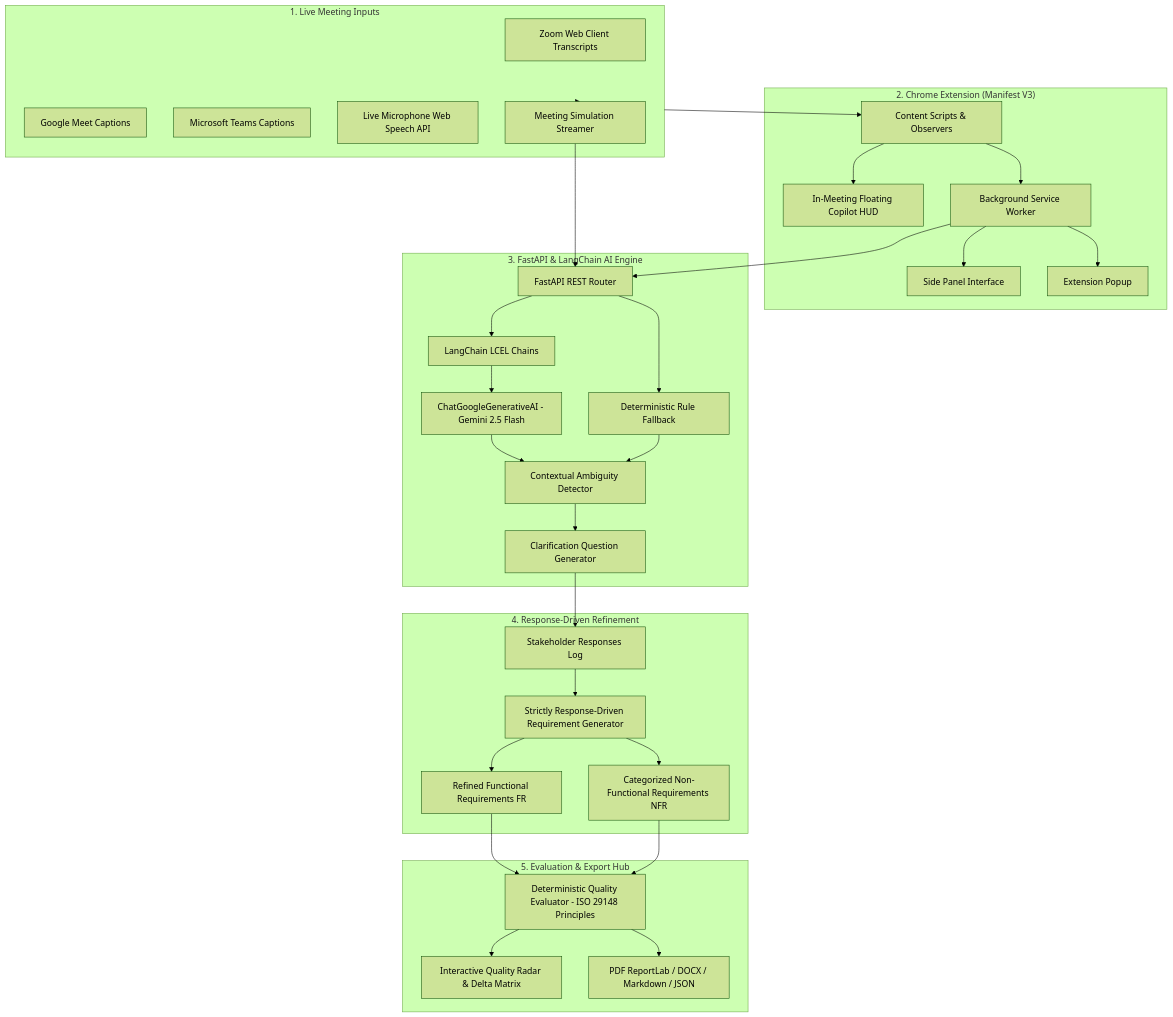
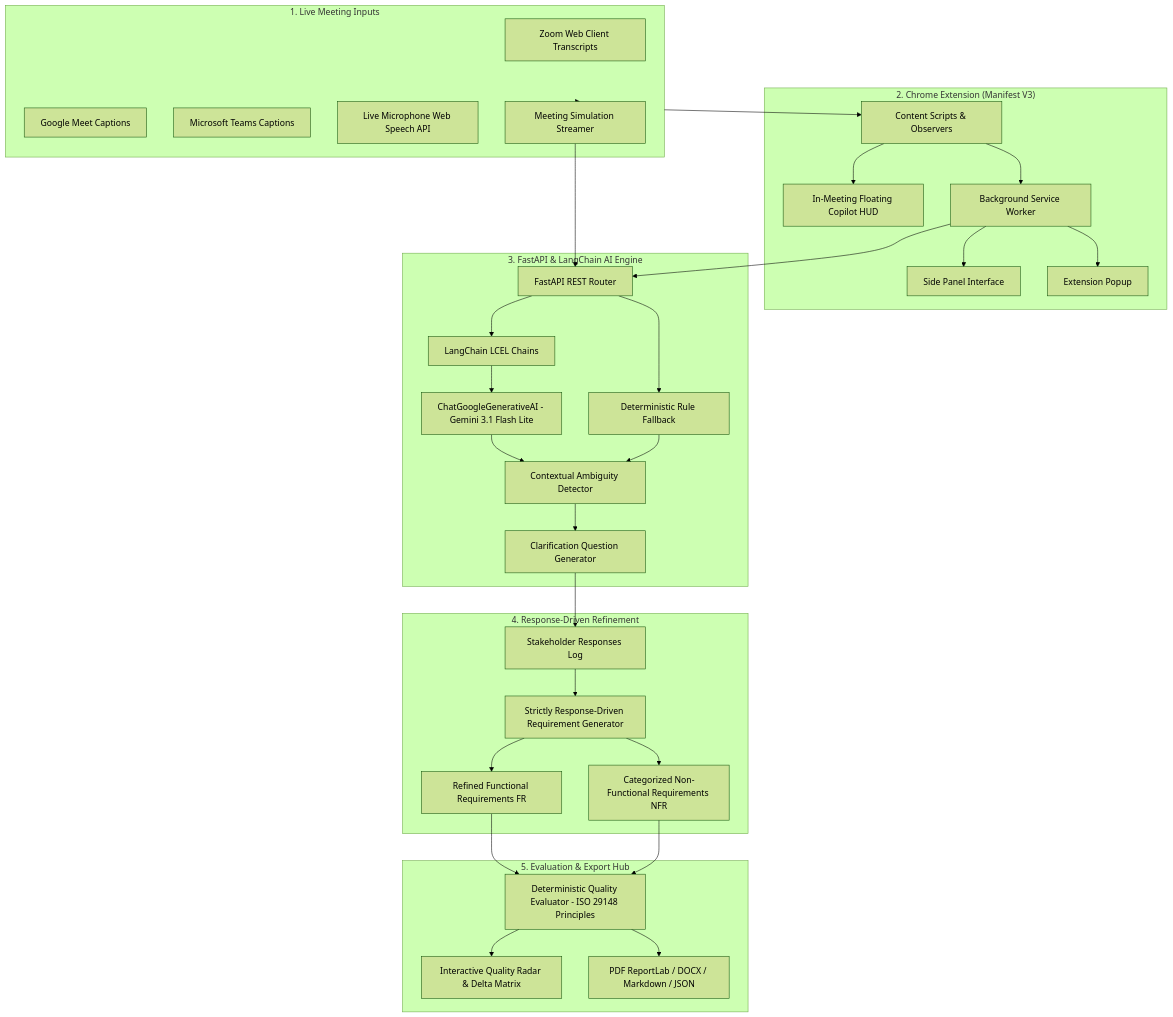
Before and after one commit to Neel7780/AI-Powered-Chrome-Extension-for-Real-Time-Requirement-Analysis: the diagram in README.md, drawn with Mermaid (forest theme). The commit also changed 30 other files, not shown here.

````diff
--- a/README.md
+++ b/README.md
@@ -29,65 +29,65 @@
 ```mermaid
 flowchart TB
     subgraph LiveMeeting["1. Live Meeting Inputs"]
         Z[Zoom Web Client Transcripts]
         M[Google Meet Captions]
         T[Microsoft Teams Captions]
         MIC[Live Microphone Web Speech API]
         SIM[Meeting Simulation Streamer]
     end
 
     subgraph Extension["2. Chrome Extension (Manifest V3)"]
         CS[Content Scripts & Observers]
         HUD[In-Meeting Floating Copilot HUD]
         SW[Background Service Worker]
         SP[Side Panel Interface]
         POP[Extension Popup]
     end
 
     subgraph FastAPIBackend["3. FastAPI & LangChain AI Engine"]
         API[FastAPI REST Router]
         LC[LangChain LCEL Chains]
-        GEM[ChatGoogleGenerativeAI - Gemini 2.5 Flash]
+        GEM[ChatGoogleGenerativeAI - Gemini 3.1 Flash Lite]
         NLP[Deterministic Rule Fallback]
         AD[Contextual Ambiguity Detector]
         QG[Clarification Question Generator]
     end
 
     subgraph RefinementEngine["4. Response-Driven Refinement"]
         SH[Stakeholder Responses Log]
         RG[Strictly Response-Driven Requirement Generator]
         FR[Refined Functional Requirements FR]
         NFR[Categorized Non-Functional Requirements NFR]
     end
 
     subgraph EvaluationExport["5. Evaluation & Export Hub"]
         QE[Deterministic Quality Evaluator - ISO 29148 Principles]
         RADAR[Interactive Quality Radar & Delta Matrix]
         EXP[PDF ReportLab / DOCX / Markdown / JSON]
     end
 
     LiveMeeting --> CS
     LiveMeeting --> SIM
     CS --> HUD
     CS --> SW
     SW --> SP
     SW --> POP
 
     SIM --> API
     SW --> API
 
     API --> LC
     LC --> GEM
     API --> NLP
     GEM --> AD
     NLP --> AD
     AD --> QG
     QG --> SH
     SH --> RG
     RG --> FR
     RG --> NFR
     FR --> QE
     NFR --> QE
     QE --> RADAR
     QE --> EXP
 ```
````
